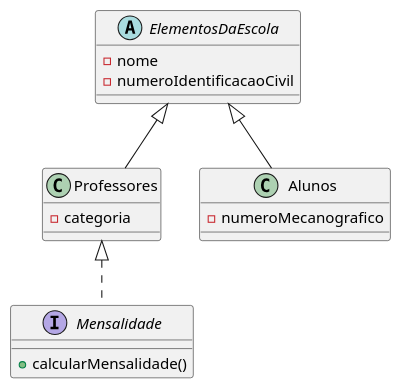
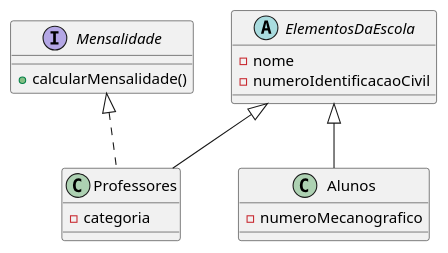
The diagram in src/main/resources/DiagramaDeClasseUML.puml (teixeiranh/PPROG-PL4B), drawn with PlantUML before and after one commit.

```diff
--- a/src/main/resources/DiagramaDeClasseUML.puml
+++ b/src/main/resources/DiagramaDeClasseUML.puml
@@ -1,25 +1,25 @@
 @startuml
 'https://plantuml.com/class-diagram
 
 abstract class ElementosDaEscola{
 -nome
 -numeroIdentificacaoCivil
 }
 
 class Professores{
 -categoria
 }
 class Alunos{
 -numeroMecanografico
 }
 interface Mensalidade{
 +calcularMensalidade()
 }
 
 ElementosDaEscola <|-- Professores
 ElementosDaEscola <|-- Alunos
 
-Professores <|.. Mensalidade
+Mensalidade <|.. Professores
 'Alunos <|.. Mensalidade
 
 @enduml
```
